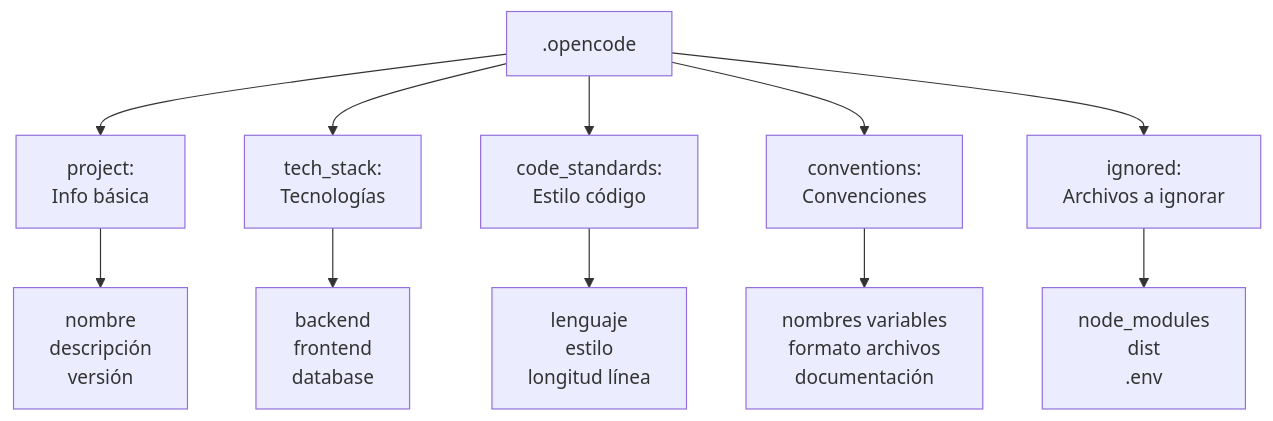
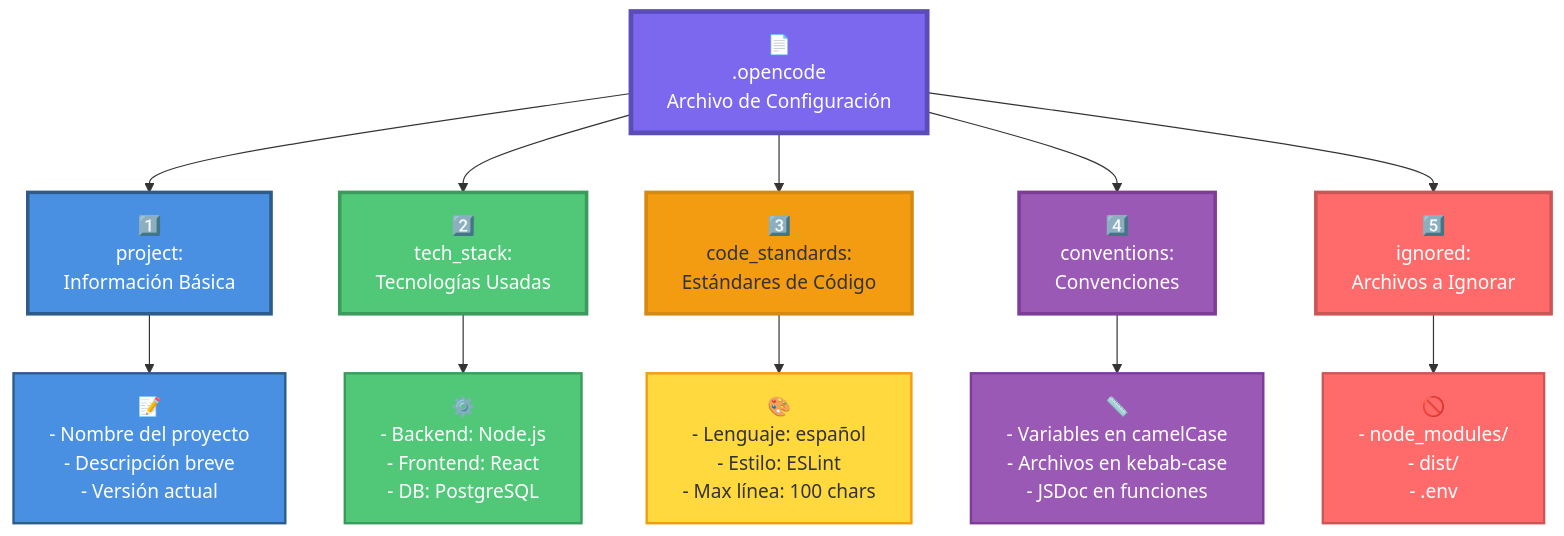
The fourth of 8 diagrams in courses/🟡-development/FPUNA-2026/00-FUNDAMENTOS-PRINCIPALES/04-ingenieria-contexto.md (Ai-Whisperers/Courses-Content), drawn with Mermaid before and after one commit. The commit also changed other lines of this file, not shown here.

First line of the commit message:
Complete all 9 diagrams in 04-ingenieria-contexto.md

````diff
--- a/courses/🟡-development/FPUNA-2026/00-FUNDAMENTOS-PRINCIPALES/04-ingenieria-contexto.md
+++ b/courses/🟡-development/FPUNA-2026/00-FUNDAMENTOS-PRINCIPALES/04-ingenieria-contexto.md
@@ -158,14 +187,27 @@
 ```mermaid
 graph TD
-    A[.opencode] --> B[project:<br/>Info básica]
-    A --> C[tech_stack:<br/>Tecnologías]
-    A --> D[code_standards:<br/>Estilo código]
-    A --> E[conventions:<br/>Convenciones]
-    A --> F[ignored:<br/>Archivos a ignorar]
+    A["📄<br/>.opencode<br/>Archivo de Configuración"] --> B["1️⃣<br/>project:<br/>Información Básica"]
+    A --> C["2️⃣<br/>tech_stack:<br/>Tecnologías Usadas"]
+    A --> D["3️⃣<br/>code_standards:<br/>Estándares de Código"]
+    A --> E["4️⃣<br/>conventions:<br/>Convenciones"]
+    A --> F["5️⃣<br/>ignored:<br/>Archivos a Ignorar"]
     
-    B --> B1[nombre<br/>descripción<br/>versión]
-    C --> C1[backend<br/>frontend<br/>database]
-    D --> D1[lenguaje<br/>estilo<br/>longitud línea]
-    E --> E1[nombres variables<br/>formato archivos<br/>documentación]
-    F --> F1[node_modules<br/>dist<br/>.env]
+    B --> B1["📝<br/>- Nombre del proyecto<br/>- Descripción breve<br/>- Versión actual"]
+    C --> C1["⚙️<br/>- Backend: Node.js<br/>- Frontend: React<br/>- DB: PostgreSQL"]
+    D --> D1["🎨<br/>- Lenguaje: español<br/>- Estilo: ESLint<br/>- Max línea: 100 chars"]
+    E --> E1["📏<br/>- Variables en camelCase<br/>- Archivos en kebab-case<br/>- JSDoc en funciones"]
+    F --> F1["🚫<br/>- node_modules/<br/>- dist/<br/>- .env"]
+    
+    style A fill:#7B68EE,stroke:#5A4DB8,stroke-width:4px,color:#fff
+    style B fill:#4A90E2,stroke:#2E5C8A,stroke-width:3px,color:#fff
+    style C fill:#50C878,stroke:#3A9B5C,stroke-width:3px,color:#fff
+    style D fill:#F39C12,stroke:#D68910,stroke-width:3px,color:#333
+    style E fill:#9B59B6,stroke:#7D3C98,stroke-width:3px,color:#fff
+    style F fill:#FF6B6B,stroke:#CC5555,stroke-width:3px,color:#fff
+    
+    style B1 fill:#4A90E2,stroke:#2E5C8A,stroke-width:2px,color:#fff
+    style C1 fill:#50C878,stroke:#3A9B5C,stroke-width:2px,color:#fff
+    style D1 fill:#FFD93D,stroke:#F39C12,stroke-width:2px,color:#333
+    style E1 fill:#9B59B6,stroke:#7D3C98,stroke-width:2px,color:#fff
+    style F1 fill:#FF6B6B,stroke:#CC5555,stroke-width:2px,color:#fff
 ```
````
